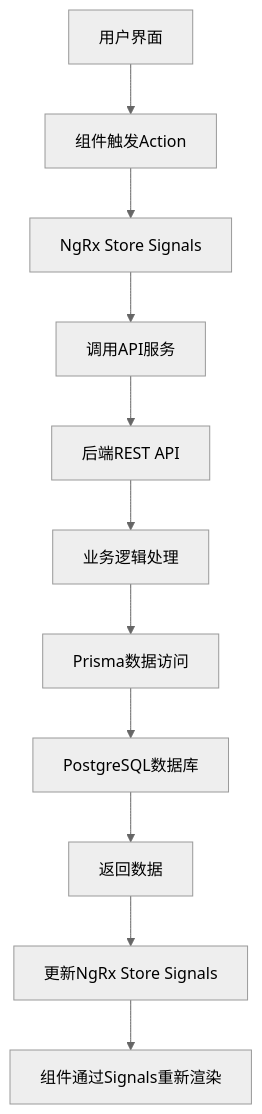
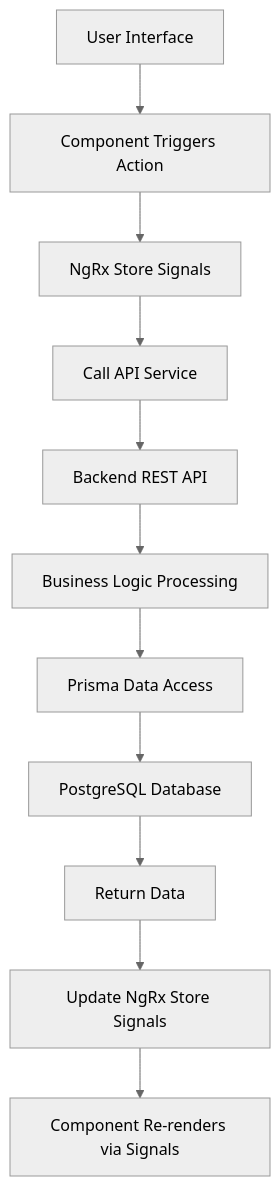
The first of 2 diagrams in .workbuddy/context/requirements/system-architecture-design.md (Cho-Geer/opencode_framework), drawn with Mermaid (neutral theme) before and after one commit. The commit also changed other lines of this file and 25 other files, not shown here.

````diff
--- a/.workbuddy/context/requirements/system-architecture-design.md
+++ b/.workbuddy/context/requirements/system-architecture-design.md
@@ -170,13 +170,13 @@
 ```mermaid
 graph TD
-    A[用户界面] --> B[组件触发Action]
+    A[User Interface] --> B[Component Triggers Action]
     B --> C[NgRx Store Signals]
-    C --> D[调用API服务]
-    D --> E[后端REST API]
-    E --> F[业务逻辑处理]
-    F --> G[Prisma数据访问]
-    G --> H[PostgreSQL数据库]
-    H --> I[返回数据]
-    I --> J[更新NgRx Store Signals]
-    J --> K[组件通过Signals重新渲染]
+    C --> D[Call API Service]
+    D --> E[Backend REST API]
+    E --> F[Business Logic Processing]
+    F --> G[Prisma Data Access]
+    G --> H[PostgreSQL Database]
+    H --> I[Return Data]
+    I --> J[Update NgRx Store Signals]
+    J --> K[Component Re-renders via Signals]
 ```
````
